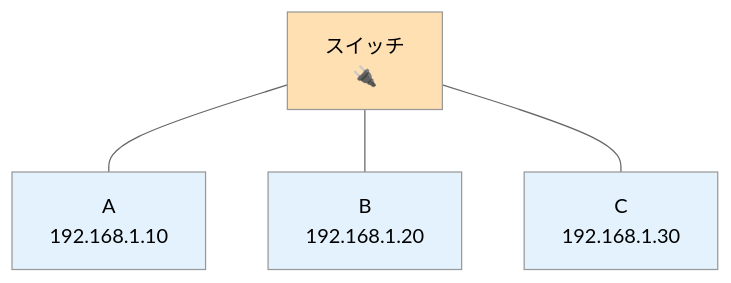
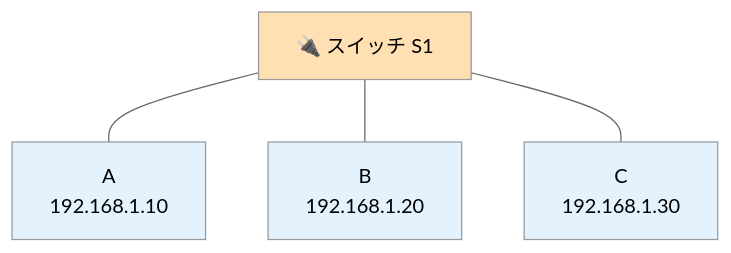
One commit to Tsunanko/netpractice-guide changed the first of 3 diagrams in docs/01-basics/switch-router.md. Above: the diagram before and after it, drawn with Mermaid (neutral theme). The commit also changed other lines of this file and 3 other files, not shown here.

First line of the commit message:
Fix diagram-text mismatches and concept jumps in basics pages

````diff
--- a/docs/01-basics/switch-router.md
+++ b/docs/01-basics/switch-router.md
@@ -41,15 +60,15 @@
 ```mermaid
 flowchart TD
-    S[スイッチ<br>🔌]
+    S[🔌 スイッチ S1]
     A[A<br>192.168.1.10]
     B[B<br>192.168.1.20]
     C[C<br>192.168.1.30]
     S --- A
     S --- B
     S --- C
 
     style S fill:#FFE0B2
     style A fill:#E3F2FD
     style B fill:#E3F2FD
     style C fill:#E3F2FD
 ```
````
